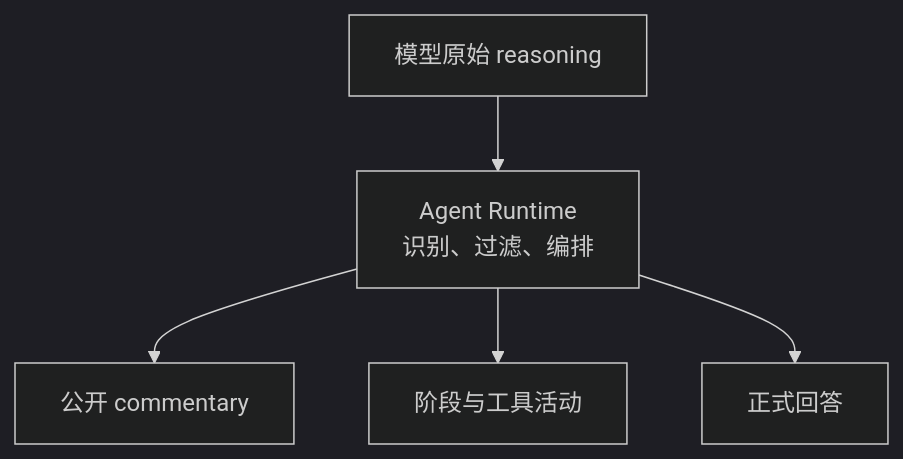
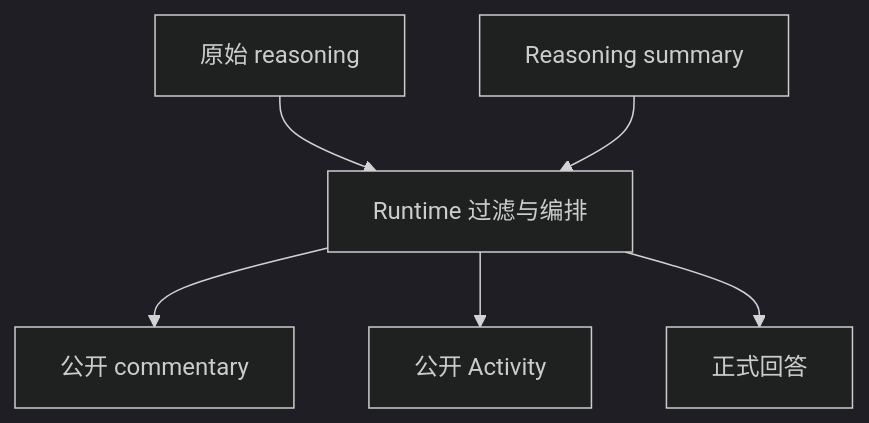
One commit to zhanglun/zhanglun.github.io changed the first of 2 diagrams in src/content/blogs/2026-08-28-agent-activity-stream-codex-style.md. Above: the diagram before and after it, drawn with Mermaid (dark theme). The commit also changed other lines of this file, not shown here.

Commit message:
feat: agent stream

````diff
--- a/src/content/blogs/2026-08-28-agent-activity-stream-codex-style.md
+++ b/src/content/blogs/2026-08-28-agent-activity-stream-codex-style.md
@@ -103,13 +121,8 @@
 ```mermaid
 flowchart TD
-    R[模型原始 reasoning]
-    RT[Agent Runtime\n识别、过滤、编排]
-    C[公开 commentary]
-    A[阶段与工具活动]
-    T[正式回答]
-
-    R --> RT
-    RT --> C
-    RT --> A
-    RT --> T
+    R[原始 reasoning] --> X[Runtime 过滤与编排]
+    S[Reasoning summary] --> X
+    X --> C[公开 commentary]
+    X --> A[公开 Activity]
+    X --> T[正式回答]
 ```
````
